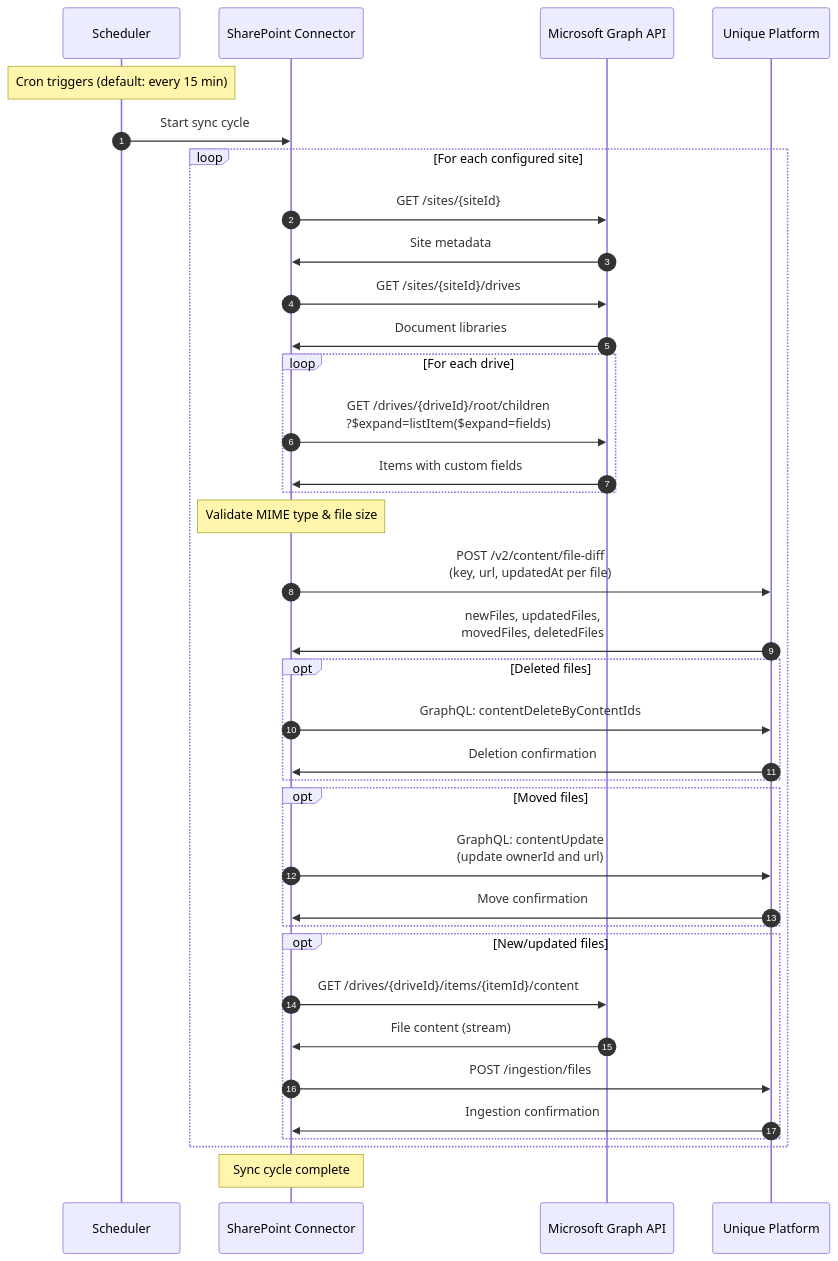
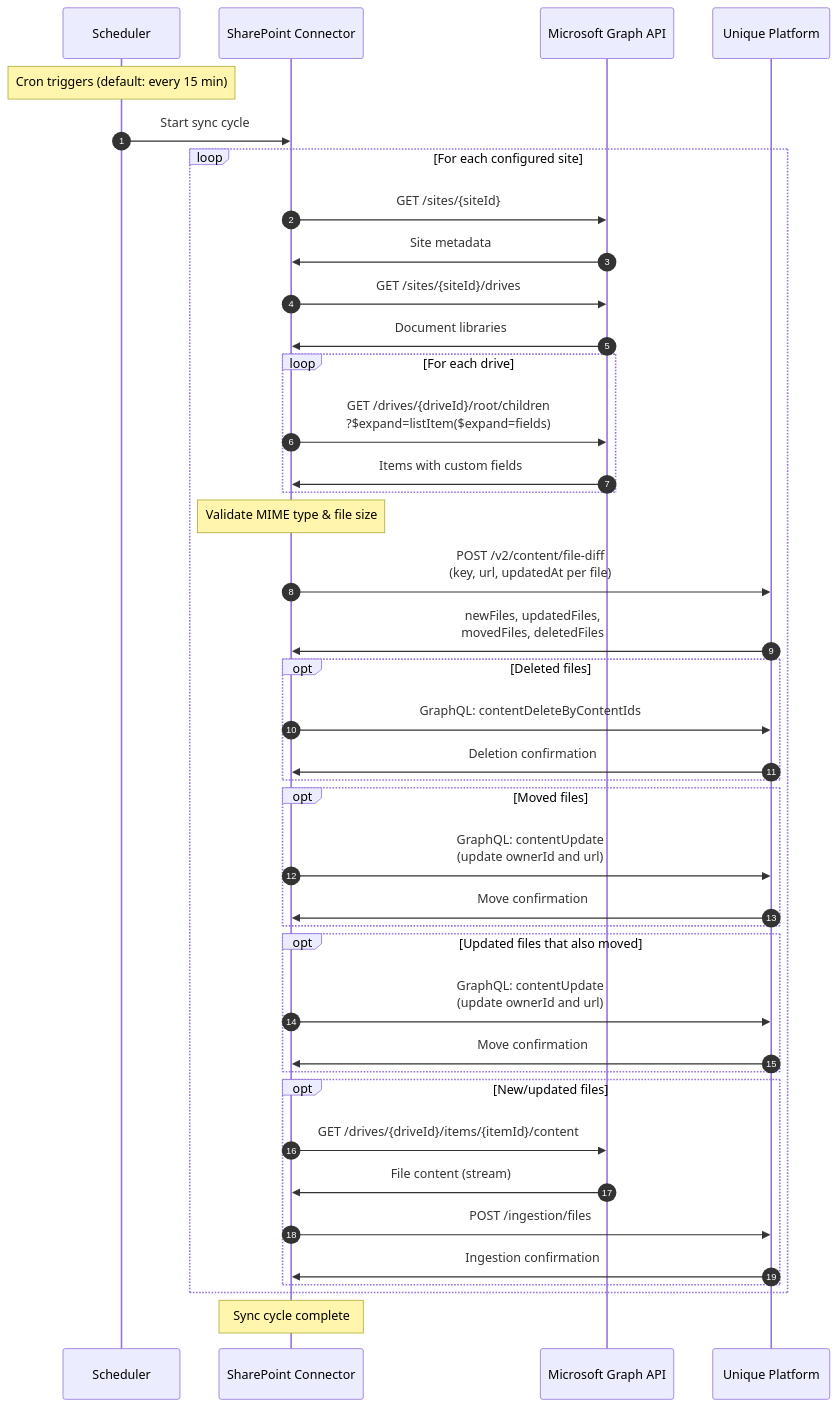
One commit to Unique-AG/connectors changed the second of 10 diagrams in services/sharepoint-connector/docs/technical/flows.md. Above: the diagram before and after it, drawn with Mermaid. The commit also changed other lines of this file and 13 other files, not shown here.

First line of the commit message:
fix(sharepoint-connector): move edited-and-moved files and leftover files out of stale scopes

````diff
--- a/services/sharepoint-connector/docs/technical/flows.md
+++ b/services/sharepoint-connector/docs/technical/flows.md
@@ -47,48 +47,53 @@
 ```mermaid
 sequenceDiagram
     autonumber
     participant Scheduler
     participant Connector as SharePoint Connector
     participant Graph as Microsoft Graph API
     participant Unique as Unique Platform
 
     Note over Scheduler: Cron triggers (default: every 15 min)
     Scheduler->>Connector: Start sync cycle
 
     loop For each configured site
         Connector->>Graph: GET /sites/{siteId}
         Graph->>Connector: Site metadata
 
         Connector->>Graph: GET /sites/{siteId}/drives
         Graph->>Connector: Document libraries
 
         loop For each drive
             Connector->>Graph: GET /drives/{driveId}/root/children<br/>?$expand=listItem($expand=fields)
             Graph->>Connector: Items with custom fields
         end
 
         Note over Connector: Validate MIME type & file size
 
         Connector->>Unique: POST /v2/content/file-diff<br/>(key, url, updatedAt per file)
         Unique->>Connector: newFiles, updatedFiles,<br/>movedFiles, deletedFiles
 
         opt Deleted files
             Connector->>Unique: GraphQL: contentDeleteByContentIds
             Unique->>Connector: Deletion confirmation
         end
 
         opt Moved files
             Connector->>Unique: GraphQL: contentUpdate<br/>(update ownerId and url)
             Unique->>Connector: Move confirmation
         end
 
+        opt Updated files that also moved
+            Connector->>Unique: GraphQL: contentUpdate<br/>(update ownerId and url)
+            Unique->>Connector: Move confirmation
+        end
+
         opt New/updated files
             Connector->>Graph: GET /drives/{driveId}/items/{itemId}/content
             Graph->>Connector: File content (stream)
             Connector->>Unique: POST /ingestion/files
             Unique->>Connector: Ingestion confirmation
         end
     end
 
     Note over Connector: Sync cycle complete
 ```
````
